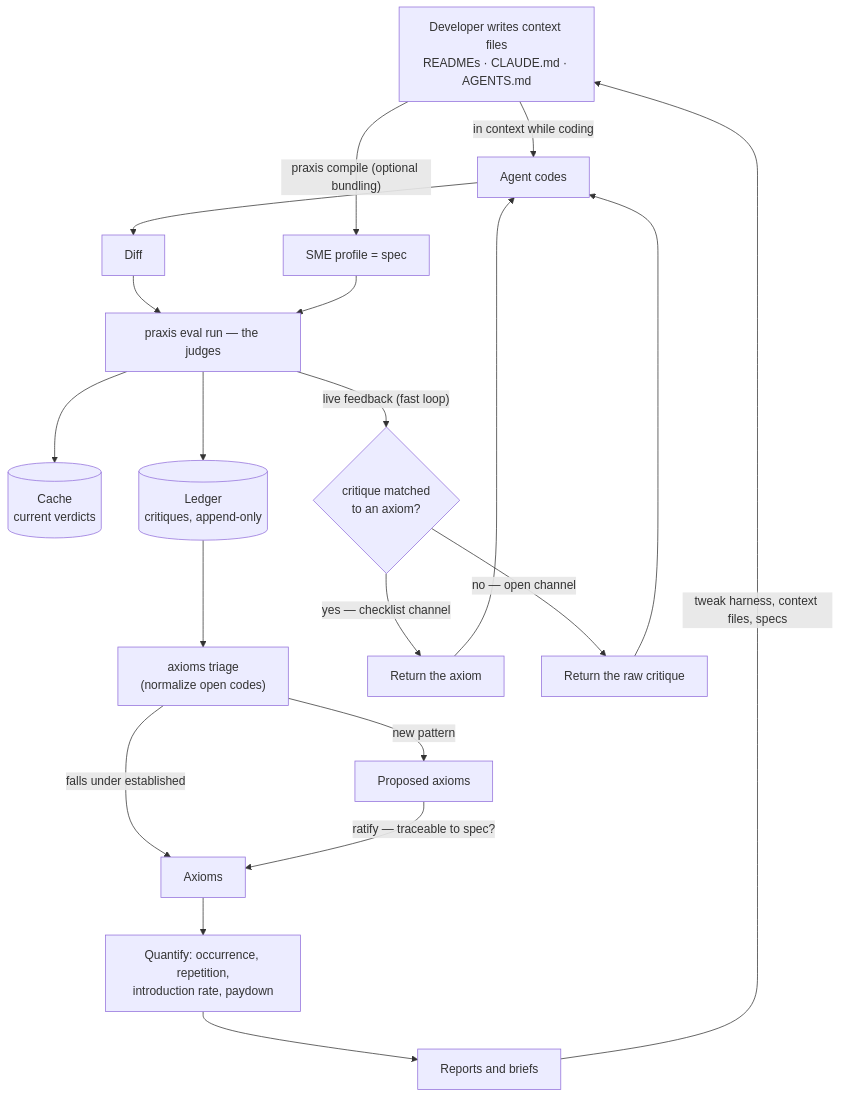
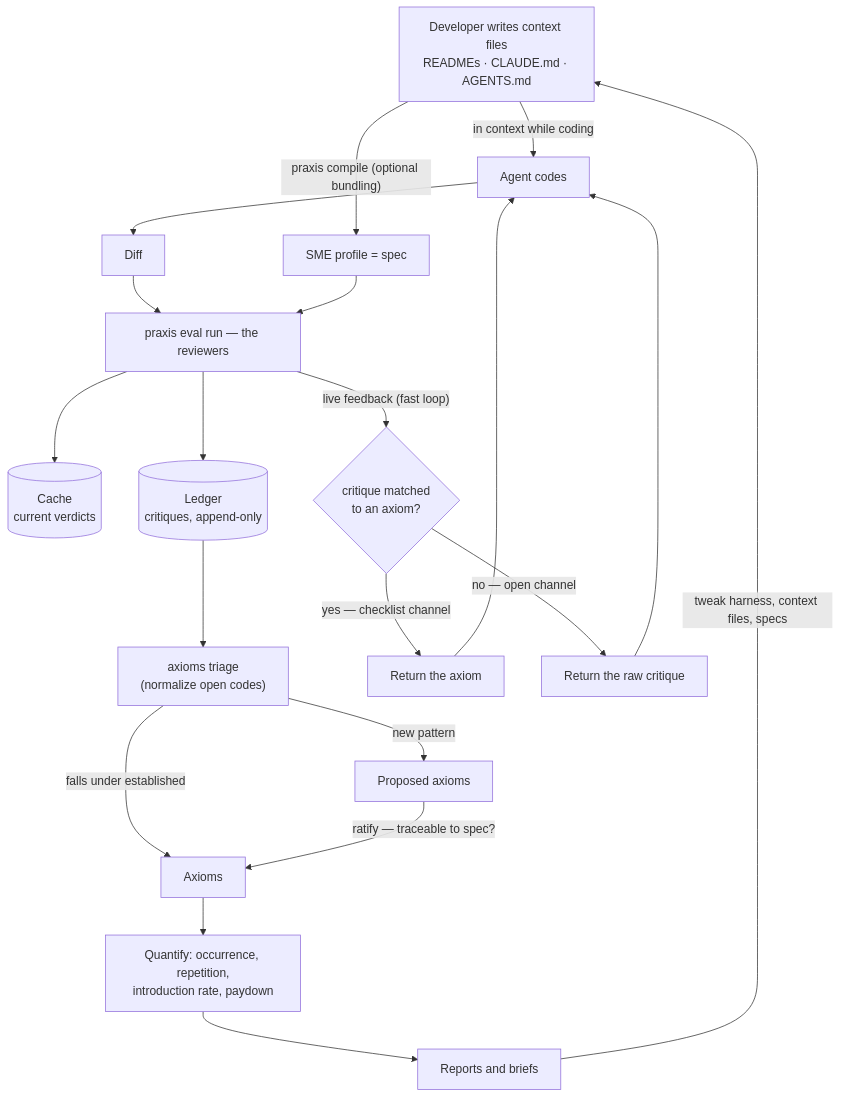
Before and after one commit to zarpay/praxis-cli: the diagram in cli/praxis_v2_specs/README.md, drawn with Mermaid. The commit also changed other lines of this file and 15 other files, not shown here.

````diff
--- a/cli/praxis_v2_specs/README.md
+++ b/cli/praxis_v2_specs/README.md
@@ -21,23 +21,23 @@
 ```mermaid
 flowchart TD
     DEV["Developer writes context files<br/>READMEs · CLAUDE.md · AGENTS.md"]
     DEV -->|"in context while coding"| AGENT["Agent codes"]
     DEV -->|"praxis compile (optional bundling)"| SME["SME profile = spec"]
     AGENT --> DIFF["Diff"]
-    DIFF --> VAL["praxis eval run — the judges"]
+    DIFF --> VAL["praxis eval run — the reviewers"]
     SME --> VAL
     VAL --> CACHE[("Cache<br/>current verdicts")]
     VAL --> LEDGER[("Ledger<br/>critiques, append-only")]
     LEDGER --> TRIAGE["axioms triage<br/>(normalize open codes)"]
     TRIAGE -->|"falls under established"| AX["Axioms"]
     TRIAGE -->|"new pattern"| PROP["Proposed axioms"]
     PROP -->|"ratify — traceable to spec?"| AX
     AX --> METRICS["Quantify: occurrence, repetition,<br/>introduction rate, paydown"]
     METRICS --> INSIGHT["Reports and briefs"]
     INSIGHT -->|"tweak harness, context files, specs"| DEV
     VAL -->|"live feedback (fast loop)"| FB{"critique matched<br/>to an axiom?"}
     FB -->|"yes — checklist channel"| FBAX["Return the axiom"]
     FB -->|"no — open channel"| FBRAW["Return the raw critique"]
     FBAX --> AGENT
     FBRAW --> AGENT
 ```
````
